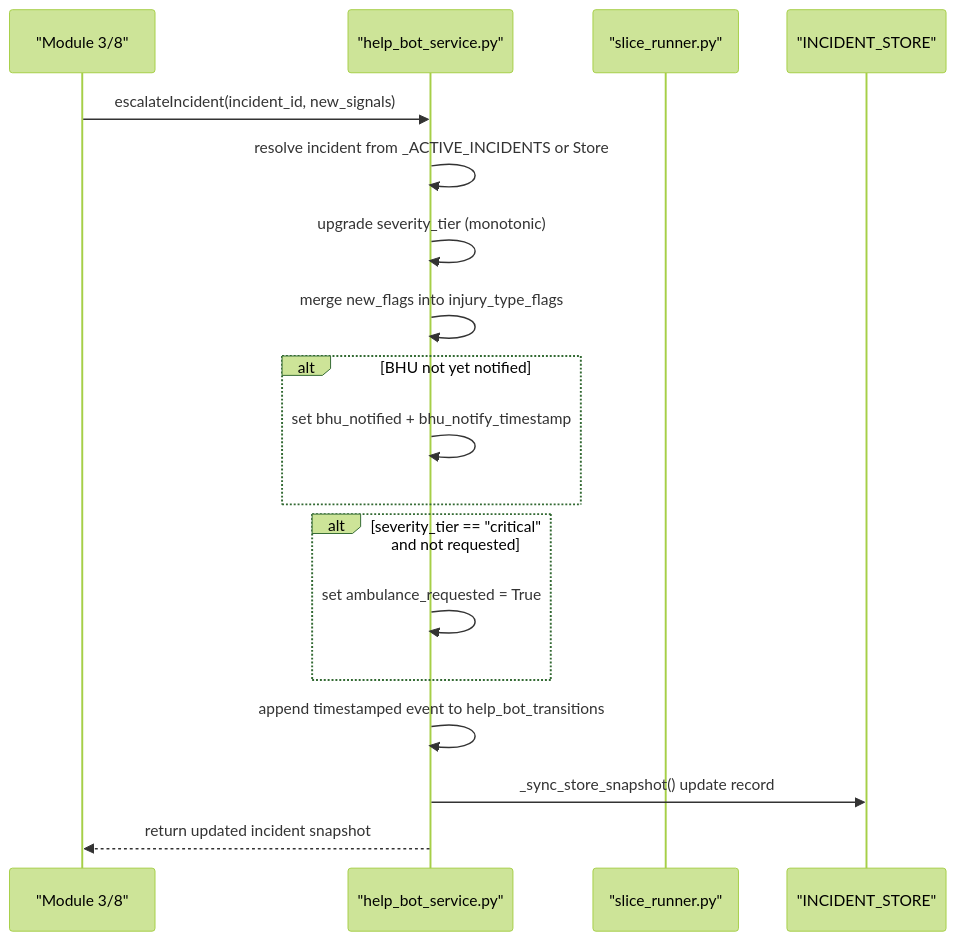
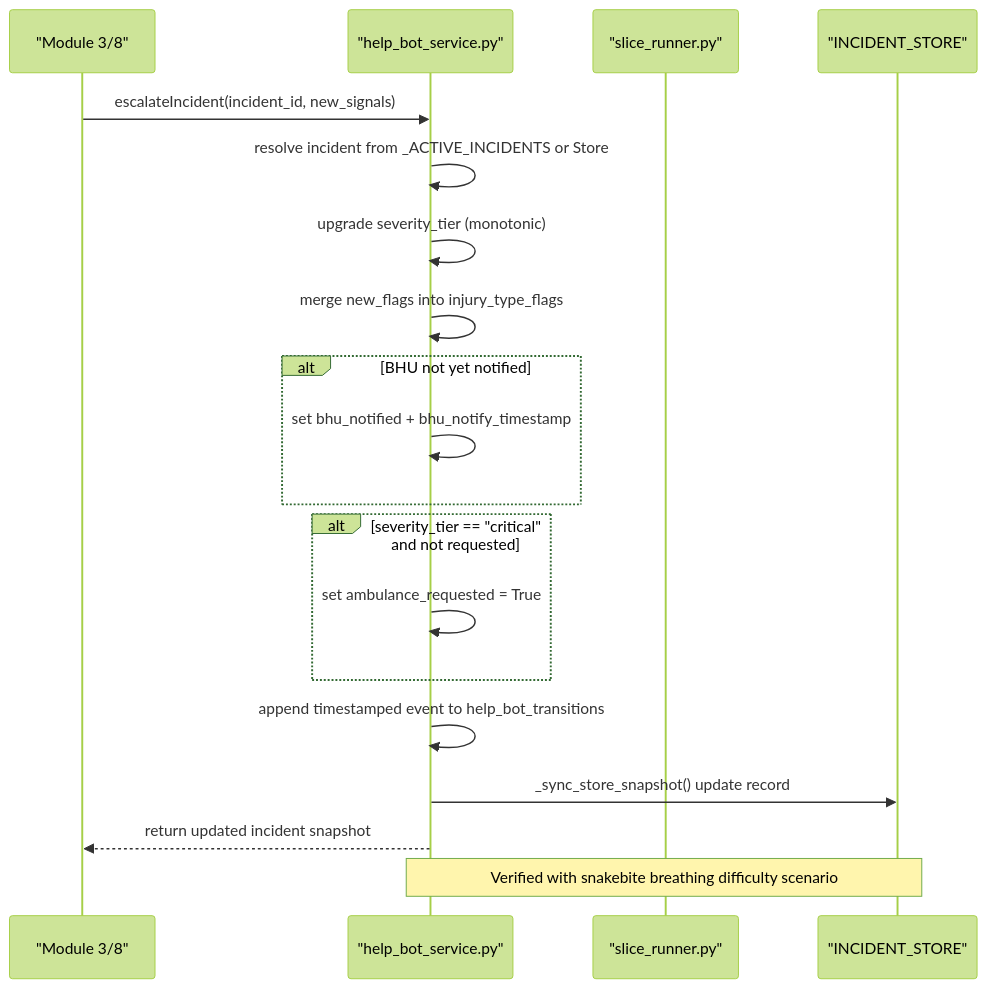
One commit to M-Rumman/LifeLine-Ride changed the second of 5 diagrams in .qoder/repowiki/en/content/Responder Help Bot/Escalation Handling & Incident Updates.md. Above: the diagram before and after it, drawn with Mermaid (forest theme). The commit also changed other lines of this file and 4121 other files, not shown here.

````diff
--- a/.qoder/repowiki/en/content/Responder Help Bot/Escalation Handling & Incident Updates.md
+++ b/.qoder/repowiki/en/content/Responder Help Bot/Escalation Handling & Incident Updates.md
@@ -61,20 +72,21 @@
 ```mermaid
 sequenceDiagram
 participant Caller as "Module 3/8"
 participant HB as "help_bot_service.py"
 participant SR as "slice_runner.py"
 participant Store as "INCIDENT_STORE"
 Caller->>HB : escalateIncident(incident_id, new_signals)
 HB->>HB : resolve incident from _ACTIVE_INCIDENTS or Store
 HB->>HB : upgrade severity_tier (monotonic)
 HB->>HB : merge new_flags into injury_type_flags
 alt BHU not yet notified
 HB->>HB : set bhu_notified + bhu_notify_timestamp
 end
 alt severity_tier == "critical" and not requested
 HB->>HB : set ambulance_requested = True
 end
 HB->>HB : append timestamped event to help_bot_transitions
 HB->>Store : _sync_store_snapshot() update record
 HB-->>Caller : return updated incident snapshot
+Note over HB,Store : Verified with snakebite breathing difficulty scenario
 ```
````
